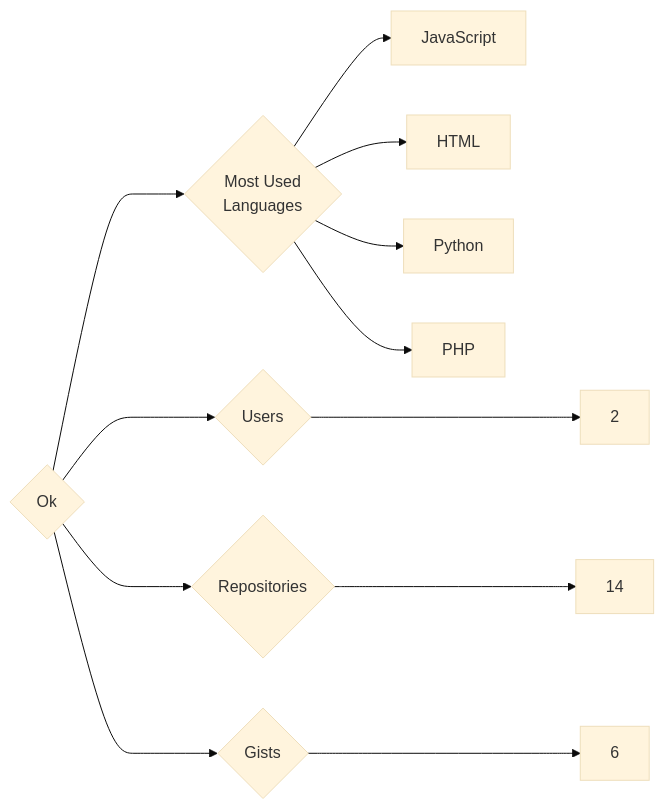
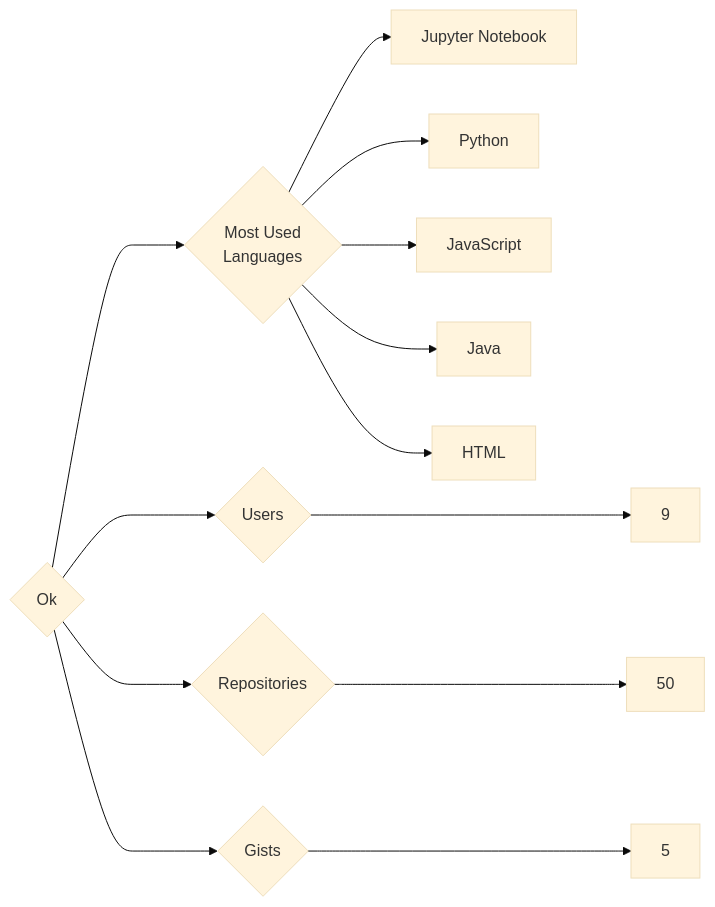
The diagram in targets/Ok/README.md (trickest/insiders), drawn with Mermaid (base theme) before and after one commit. The commit also changed 948 other files, not shown here.

````diff
--- a/targets/Ok/README.md
+++ b/targets/Ok/README.md
@@ -3,12 +3,13 @@
 ```mermaid
 graph LR
 COMPANY_NAME{Ok}
-COMPANY_NAME ---> U{Users} ---> UN[2]
-COMPANY_NAME ---> R{Repositories} ---> RN[14]
-COMPANY_NAME ---> G{Gists} ---> GN[6]
+COMPANY_NAME ---> U{Users} ---> UN[9]
+COMPANY_NAME ---> R{Repositories} ---> RN[50]
+COMPANY_NAME ---> G{Gists} ---> GN[5]
 COMPANY_NAME ---> ML{Most Used<br>Languages}
+ML --> Jupyter_Notebook[Jupyter Notebook]
+ML --> Python[Python]
 ML --> JavaScript[JavaScript]
+ML --> Java[Java]
 ML --> HTML[HTML]
-ML --> Python[Python]
-ML --> PHP[PHP]
 ```
````
